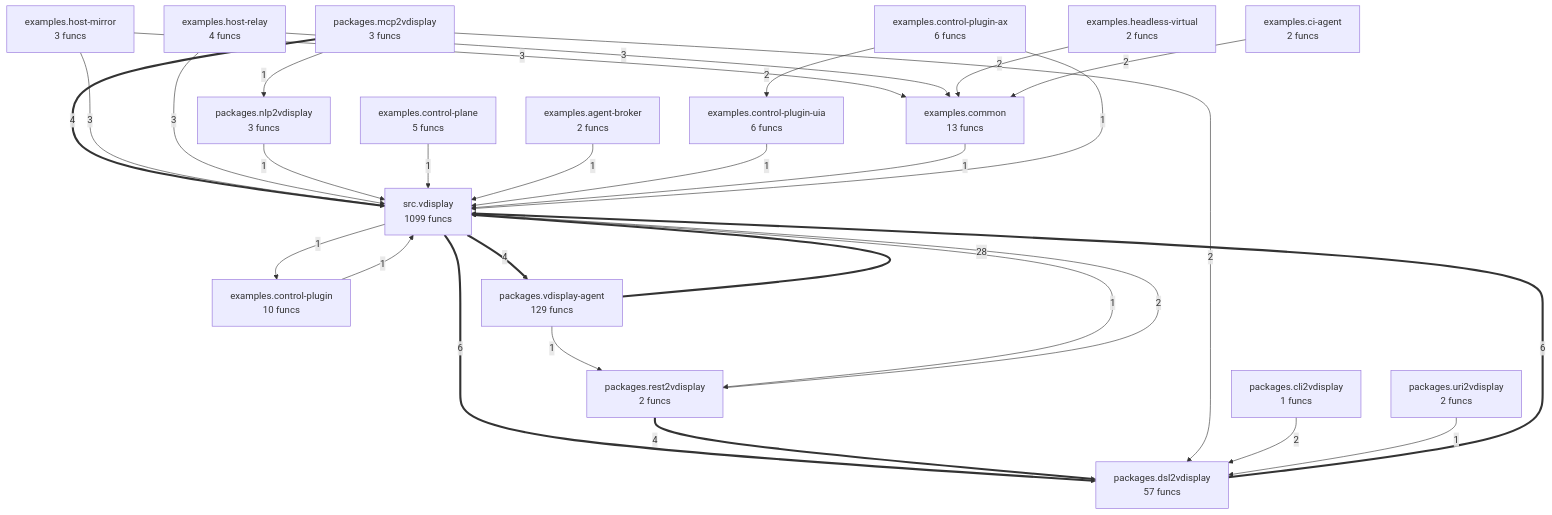
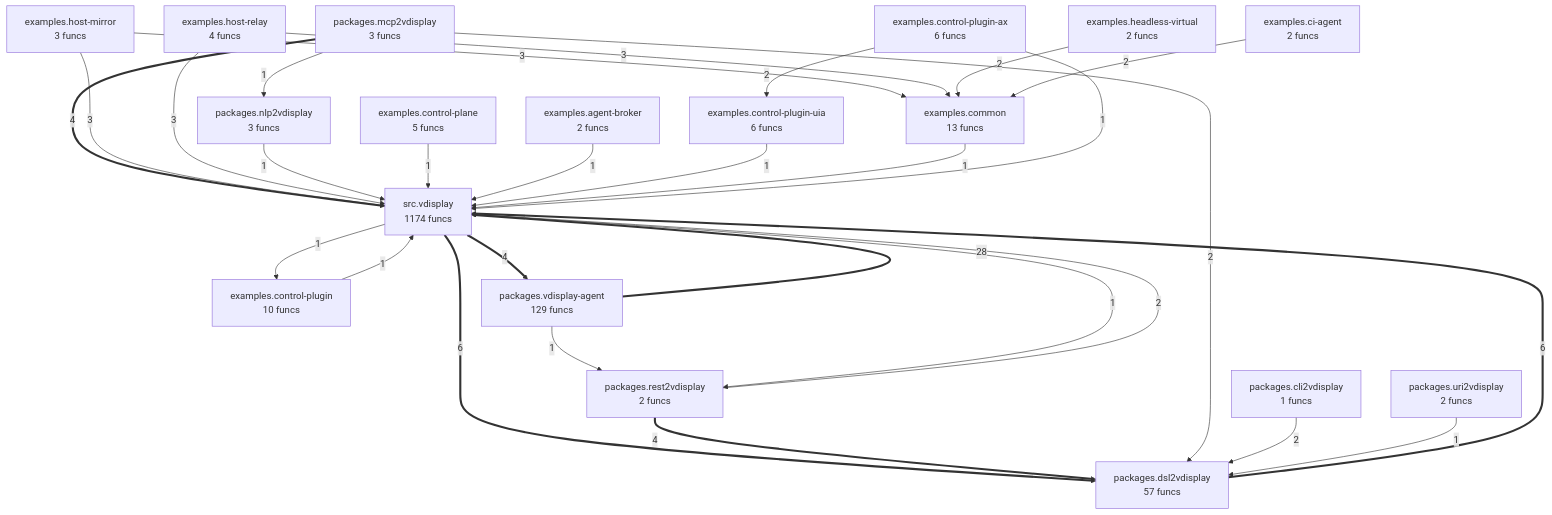
The diagram in project/compact_flow.mmd (wronai/vdisplay), drawn with Mermaid before and after one commit. The commit also changed 48 other files, not shown here.

```diff
--- a/project/compact_flow.mmd
+++ b/project/compact_flow.mmd
@@ -1,48 +1,48 @@
 flowchart TD
-%% generated in 0.05s
+%% generated in 0.07s
     examples__agent_broker["examples.agent-broker<br/>2 funcs"]
     examples__ci_agent["examples.ci-agent<br/>2 funcs"]
     examples__common["examples.common<br/>13 funcs"]
     examples__control_plane["examples.control-plane<br/>5 funcs"]
     examples__control_plugin["examples.control-plugin<br/>10 funcs"]
     examples__control_plugin_ax["examples.control-plugin-ax<br/>6 funcs"]
     examples__control_plugin_uia["examples.control-plugin-uia<br/>6 funcs"]
     examples__headless_virtual["examples.headless-virtual<br/>2 funcs"]
     examples__host_mirror["examples.host-mirror<br/>3 funcs"]
     examples__host_relay["examples.host-relay<br/>4 funcs"]
     packages__cli2vdisplay["packages.cli2vdisplay<br/>1 funcs"]
     packages__dsl2vdisplay["packages.dsl2vdisplay<br/>57 funcs"]
     packages__mcp2vdisplay["packages.mcp2vdisplay<br/>3 funcs"]
     packages__nlp2vdisplay["packages.nlp2vdisplay<br/>3 funcs"]
     packages__rest2vdisplay["packages.rest2vdisplay<br/>2 funcs"]
     packages__uri2vdisplay["packages.uri2vdisplay<br/>2 funcs"]
     packages__vdisplay_agent["packages.vdisplay-agent<br/>129 funcs"]
-    src__vdisplay["src.vdisplay<br/>1099 funcs"]
+    src__vdisplay["src.vdisplay<br/>1174 funcs"]
     packages__vdisplay_agent ==>|28| src__vdisplay
     packages__dsl2vdisplay ==>|6| src__vdisplay
     src__vdisplay ==>|6| packages__dsl2vdisplay
     packages__mcp2vdisplay ==>|4| src__vdisplay
     packages__rest2vdisplay ==>|4| packages__dsl2vdisplay
     src__vdisplay ==>|4| packages__vdisplay_agent
     examples__host_mirror -->|3| src__vdisplay
     examples__host_mirror -->|3| examples__common
     examples__host_relay -->|3| src__vdisplay
     examples__host_relay -->|3| examples__common
     packages__mcp2vdisplay -->|2| packages__dsl2vdisplay
     packages__cli2vdisplay -->|2| packages__dsl2vdisplay
     packages__rest2vdisplay -->|2| src__vdisplay
     examples__headless_virtual -->|2| examples__common
     examples__ci_agent -->|2| examples__common
     examples__control_plugin_ax -->|2| examples__control_plugin_uia
     packages__mcp2vdisplay -->|1| packages__nlp2vdisplay
     packages__uri2vdisplay -->|1| packages__dsl2vdisplay
     packages__nlp2vdisplay -->|1| src__vdisplay
     packages__vdisplay_agent -->|1| packages__rest2vdisplay
     examples__control_plugin -->|1| src__vdisplay
     examples__control_plane -->|1| src__vdisplay
     examples__agent_broker -->|1| src__vdisplay
     examples__control_plugin_uia -->|1| src__vdisplay
     examples__common -->|1| src__vdisplay
     examples__control_plugin_ax -->|1| src__vdisplay
     src__vdisplay -->|1| packages__rest2vdisplay
     src__vdisplay -->|1| examples__control_plugin
```
